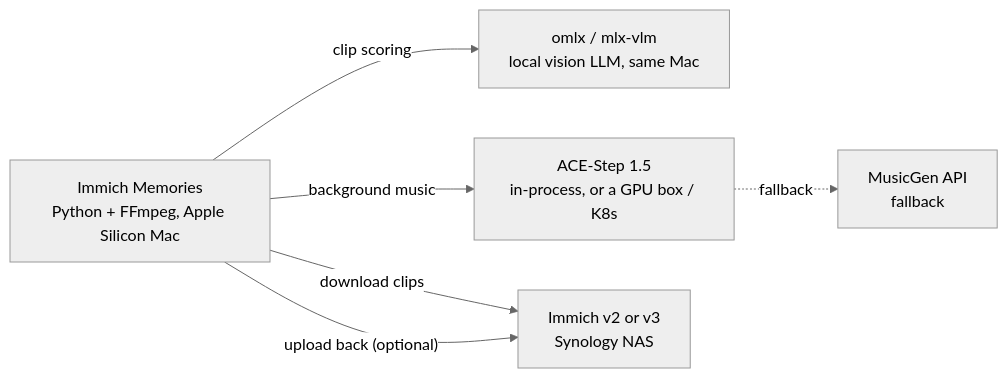
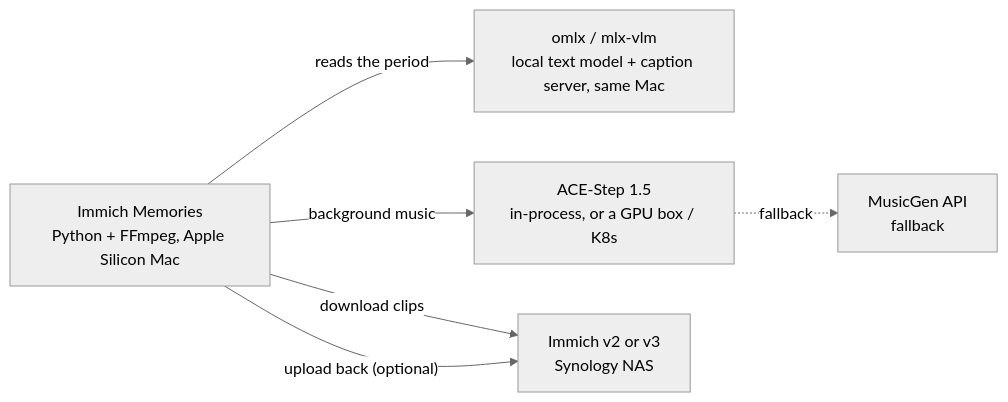
One commit to chenzeyan54-commits/immich-video-memory-generator changed the diagram in README.md. Above: the diagram before and after it, drawn with Mermaid (neutral theme). The commit also changed other lines of this file, not shown here.

````diff
--- a/README.md
+++ b/README.md
@@ -173,14 +187,14 @@
 ```mermaid
 graph LR
     IM["Immich Memories<br/>Python + FFmpeg, Apple Silicon Mac"]
-    LLM["omlx / mlx-vlm<br/>local vision LLM, same Mac"]
+    LLM["omlx / mlx-vlm<br/>local text model + caption server, same Mac"]
     ACE["ACE-Step 1.5<br/>in-process, or a GPU box / K8s"]
     MG["MusicGen API<br/>fallback"]
     Immich["Immich v2 or v3<br/>Synology NAS"]
 
     IM -->|"download clips"| Immich
-    IM -->|"clip scoring"| LLM
+    IM -->|"reads the period"| LLM
     IM -->|"background music"| ACE
     ACE -.->|"fallback"| MG
     IM -->|"upload back (optional)"| Immich
 ```
````
